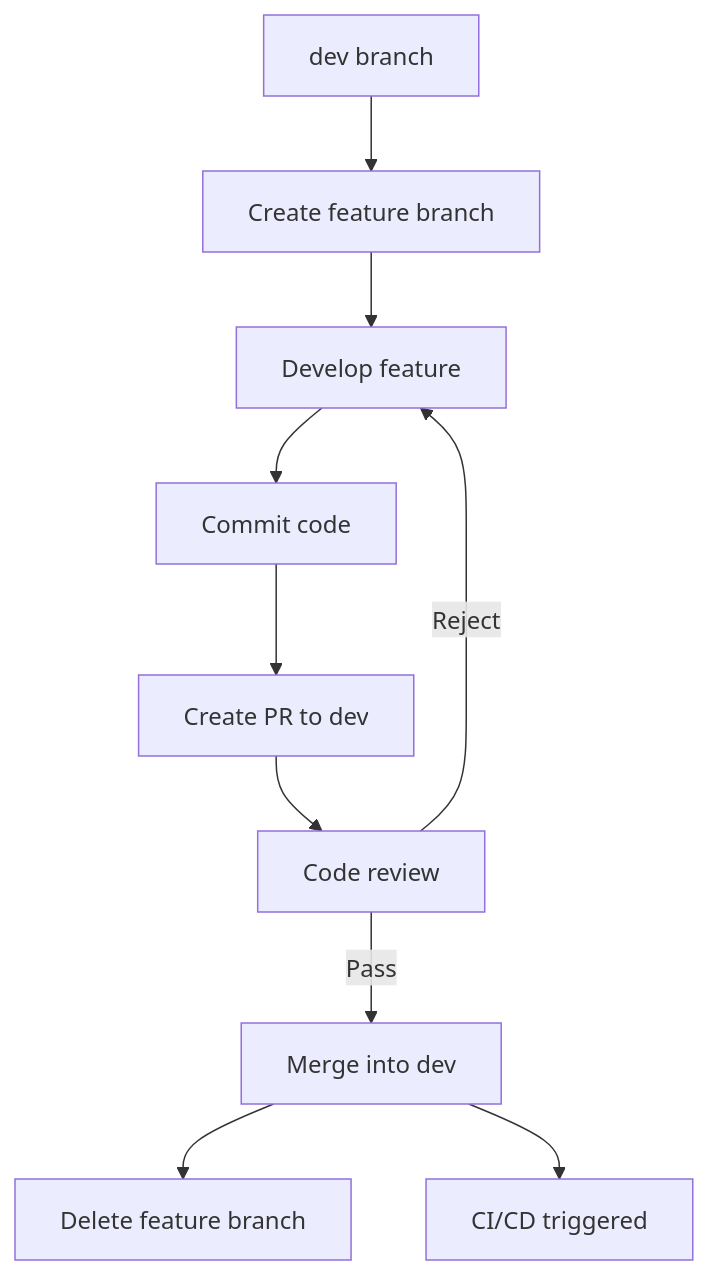
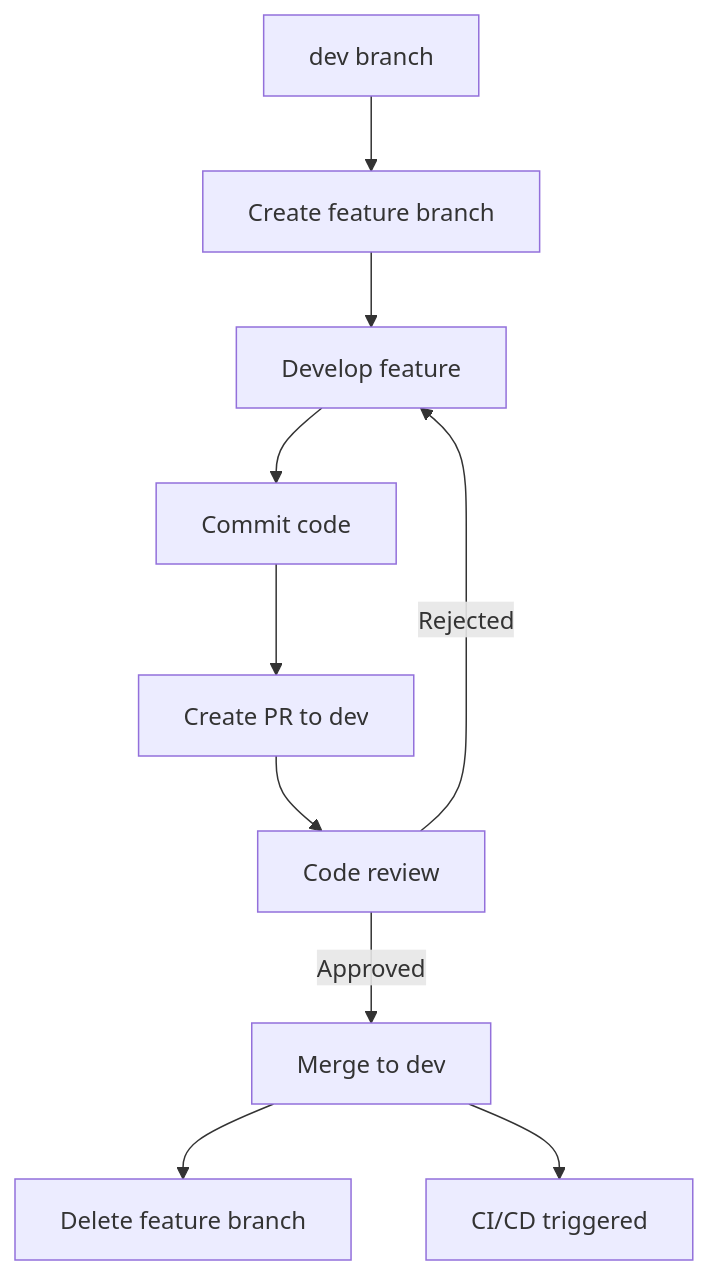
Before and after one commit to ChenXu233/YaoXiang: the first of 3 diagrams in docs/src/en/dev/branch-maintenance-guide.md, drawn with Mermaid. The commit also changed other lines of this file and 4 other files, not shown here.

````diff
--- a/docs/src/en/dev/branch-maintenance-guide.md
+++ b/docs/src/en/dev/branch-maintenance-guide.md
@@ -153,12 +153,12 @@
 ```mermaid
 graph TD
     A[dev branch] --> B[Create feature branch]
     B --> C[Develop feature]
     C --> D[Commit code]
     D --> E[Create PR to dev]
     E --> F[Code review]
-    F -->|Pass| G[Merge into dev]
-    F -->|Reject| C
+    F -->|Approved| G[Merge to dev]
+    F -->|Rejected| C
     G --> H[Delete feature branch]
     G --> I[CI/CD triggered]
 ```
````
